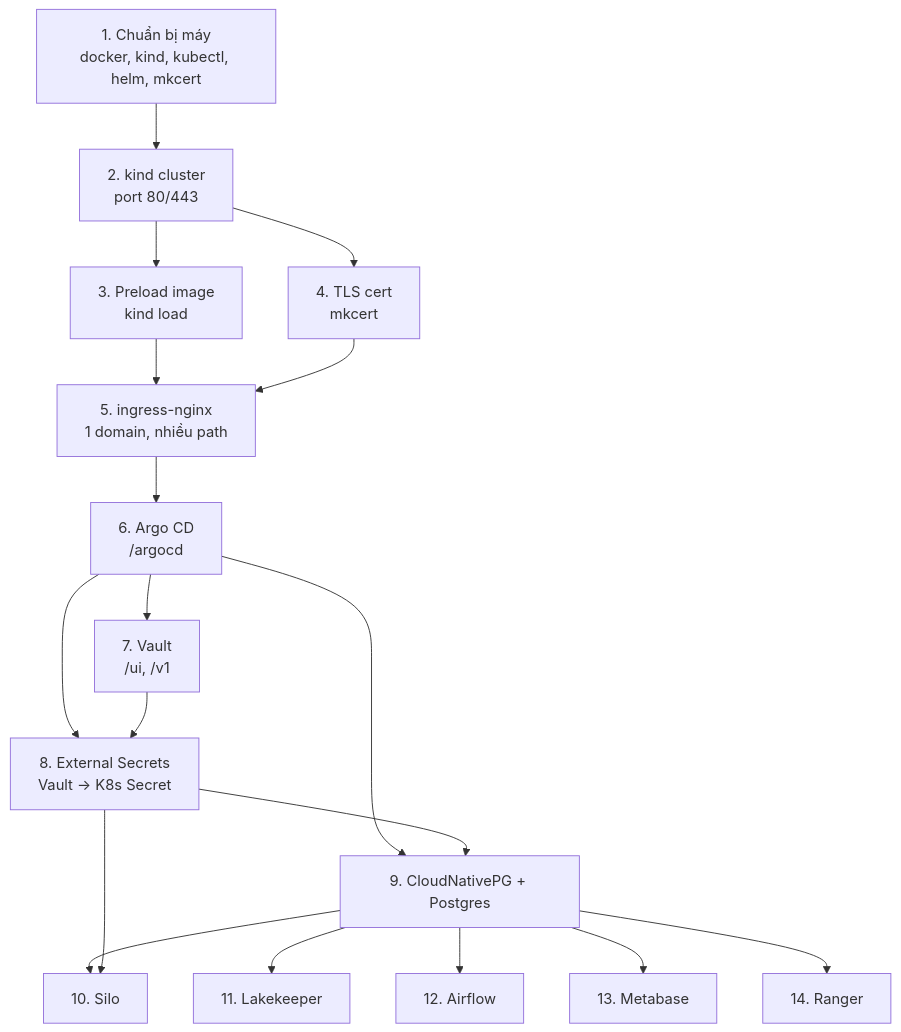
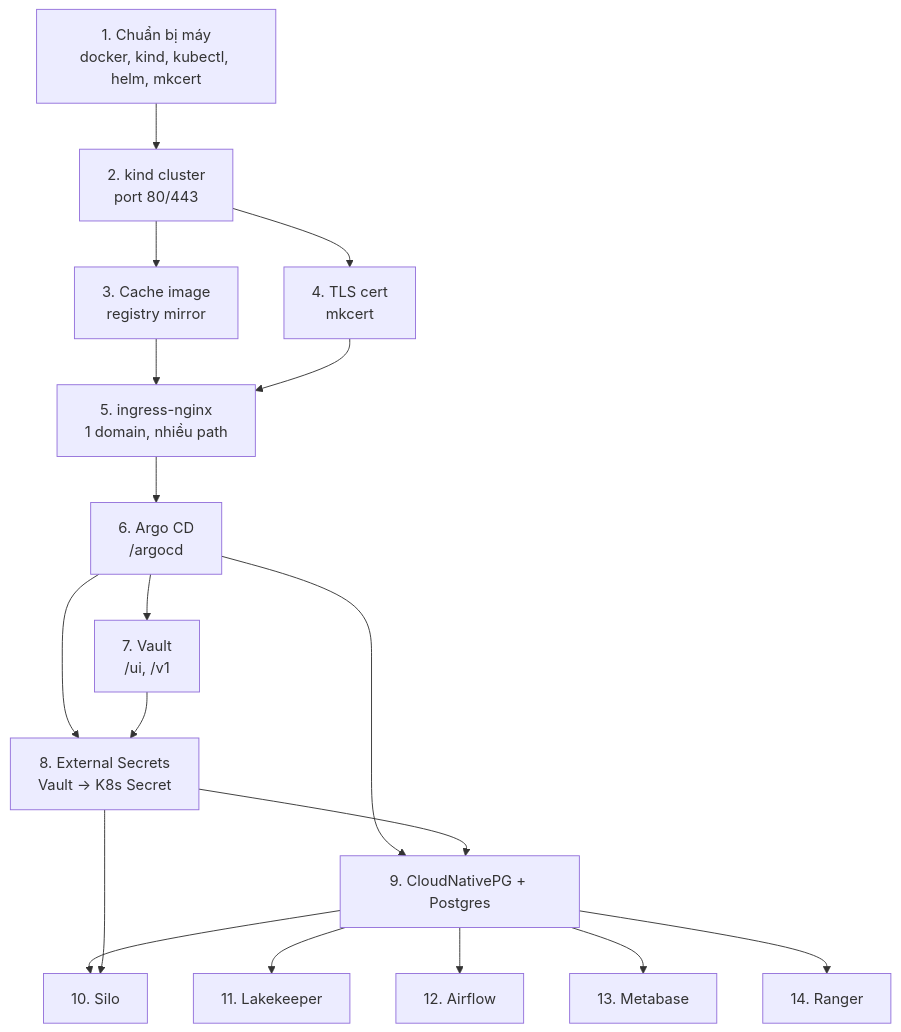
The diagram in docs/00-overview.md (viethqb/data-platform-k8s-demo), drawn with Mermaid before and after one commit. The commit also changed other lines of this file and 13 other files, not shown here.

````diff
--- a/docs/00-overview.md
+++ b/docs/00-overview.md
@@ -23,20 +23,20 @@
 ```mermaid
 flowchart TB
   A["1. Chuẩn bị máy<br/>docker, kind, kubectl, helm, mkcert"] --> B["2. kind cluster<br/>port 80/443"]
-  B --> C["3. Preload image<br/>kind load"]
+  B --> C["3. Cache image<br/>registry mirror"]
   B --> D["4. TLS cert<br/>mkcert"]
   C --> E
   D --> E["5. ingress-nginx<br/>1 domain, nhiều path"]
   E --> F["6. Argo CD<br/>/argocd"]
   F --> G["7. Vault<br/>/ui, /v1"]
   F --> H["8. External Secrets<br/>Vault -> K8s Secret"]
   G --> H
   F --> I["9. CloudNativePG + Postgres"]
   H --> I
   I --> J["10. Silo"]
   I --> K["11. Lakekeeper"]
   I --> L["12. Airflow"]
   I --> M["13. Metabase"]
   I --> N["14. Ranger"]
   H --> J
 ```
````
